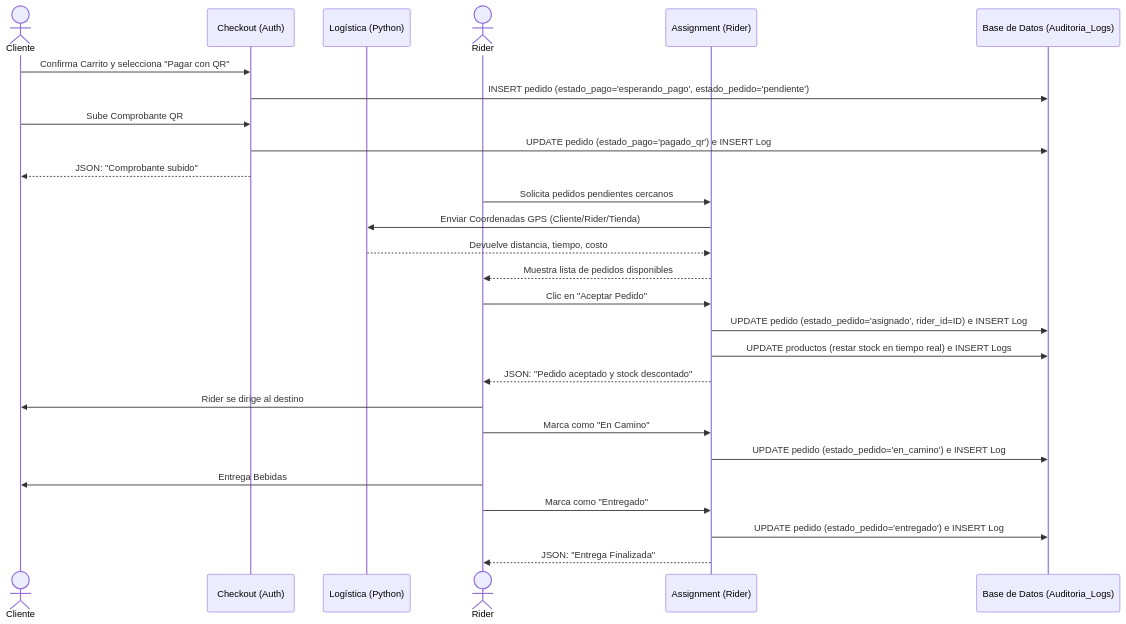
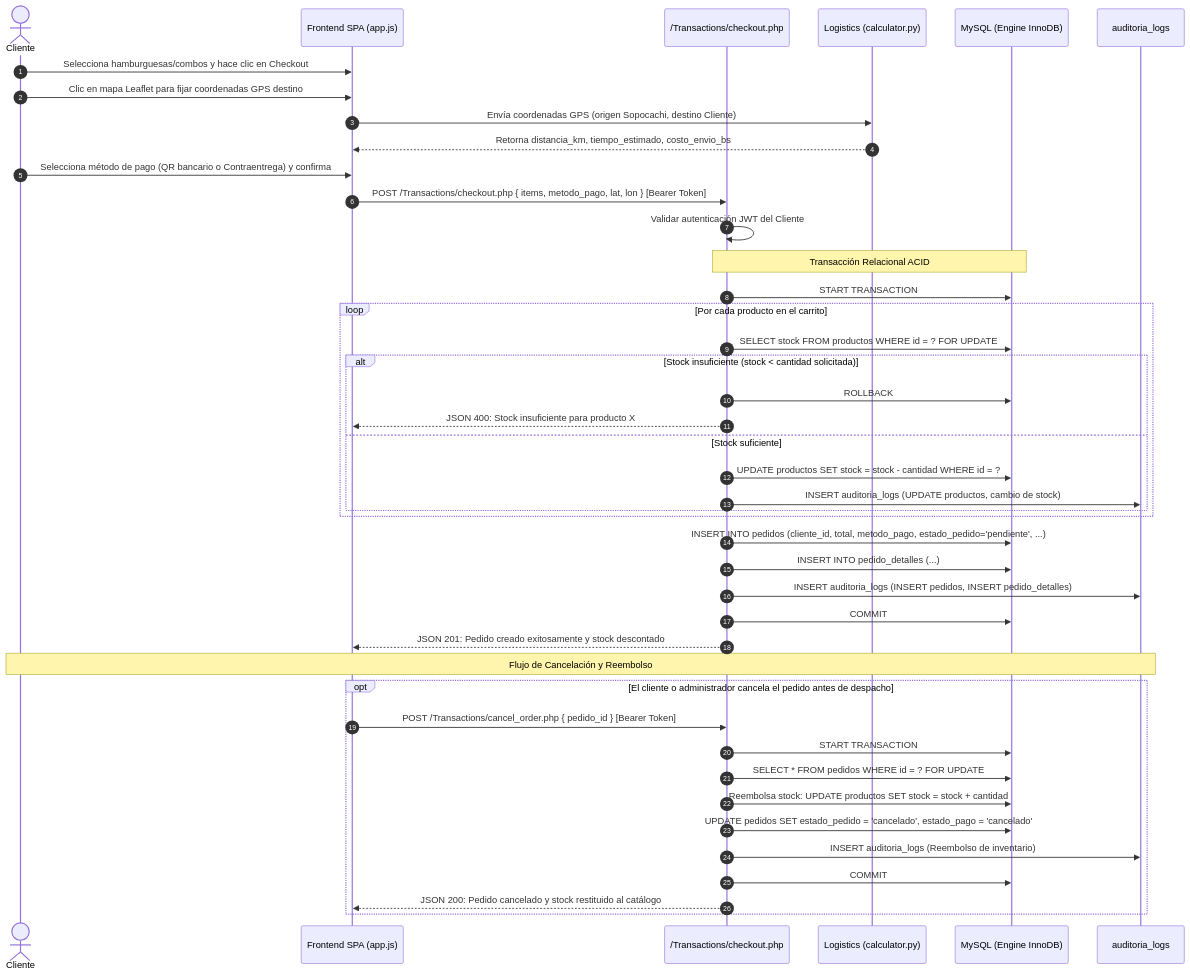
One commit to TuGfaNat/Bebidas-E-Commerce changed the fourth of 6 diagrams in docs/tesina_diagrams.md. Above: the diagram before and after it, drawn with Mermaid. The commit also changed other lines of this file and 6 other files, not shown here.

Commit message:
docs(tesina): documentacion tecnica completa, diagramas, manuales e integracion (17-BE-008)

````diff
--- a/docs/tesina_diagrams.md
+++ b/docs/tesina_diagrams.md
@@ -103,34 +225,50 @@
 ```mermaid
 sequenceDiagram
+    autonumber
     actor Cliente
-    participant Módulo_Pago as Checkout (Auth)
-    participant Módulo_Logística as Logística (Python)
-    actor Rider
-    participant Módulo_Rider as Assignment (Rider)
-    participant Auditoría as Base de Datos (Auditoria_Logs)
+    participant Frontend as Frontend SPA (app.js)
+    participant CheckoutAPI as /Transactions/checkout.php
+    participant Logistics as Logistics (calculator.py)
+    participant DB as MySQL (Engine InnoDB)
+    participant Audit as auditoria_logs
 
-    Cliente->>Módulo_Pago: Confirma Carrito y selecciona "Pagar con QR"
-    Módulo_Pago->>Auditoría: INSERT pedido (estado_pago='esperando_pago', estado_pedido='pendiente')
-    Cliente->>Módulo_Pago: Sube Comprobante QR
-    Módulo_Pago->>Auditoría: UPDATE pedido (estado_pago='pagado_qr') e INSERT Log
-    Módulo_Pago-->>Cliente: JSON: "Comprobante subido"
+    Cliente->>Frontend: Selecciona hamburguesas/combos y hace clic en Checkout
+    Cliente->>Frontend: Clic en mapa Leaflet para fijar coordenadas GPS destino
+    Frontend->>Logistics: Envía coordenadas GPS (origen Sopocachi, destino Cliente)
+    Logistics-->>Frontend: Retorna distancia_km, tiempo_estimado, costo_envio_bs
+    Cliente->>Frontend: Selecciona método de pago (QR bancario o Contraentrega) y confirma
 
-    Rider->>Módulo_Rider: Solicita pedidos pendientes cercanos
-    Módulo_Rider->>Módulo_Logística: Enviar Coordenadas GPS (Cliente/Rider/Tienda)
-    Módulo_Logística-->>Módulo_Rider: Devuelve distancia, tiempo, costo
-    Módulo_Rider-->>Rider: Muestra lista de pedidos disponibles
+    Frontend->>CheckoutAPI: POST /Transactions/checkout.php { items, metodo_pago, lat, lon } [Bearer Token]
+    CheckoutAPI->>CheckoutAPI: Validar autenticación JWT del Cliente
 
-    Rider->>Módulo_Rider: Clic en "Aceptar Pedido"
-    Módulo_Rider->>Auditoría: UPDATE pedido (estado_pedido='asignado', rider_id=ID) e INSERT Log
-    Módulo_Rider->>Auditoría: UPDATE productos (restar stock en tiempo real) e INSERT Logs
-    Módulo_Rider-->>Rider: JSON: "Pedido aceptado y stock descontado"
+    Note over CheckoutAPI,DB: Transacción Relacional ACID
+    CheckoutAPI->>DB: START TRANSACTION
+    loop Por cada producto en el carrito
+        CheckoutAPI->>DB: SELECT stock FROM productos WHERE id = ? FOR UPDATE
+        alt Stock insuficiente (stock < cantidad solicitada)
+            CheckoutAPI->>DB: ROLLBACK
+            CheckoutAPI-->>Frontend: JSON 400: Stock insuficiente para producto X
+        else Stock suficiente
+            CheckoutAPI->>DB: UPDATE productos SET stock = stock - cantidad WHERE id = ?
+            CheckoutAPI->>Audit: INSERT auditoria_logs (UPDATE productos, cambio de stock)
+        end
+    end
 
-    Rider->>Cliente: Rider se dirige al destino
-    Rider->>Módulo_Rider: Marca como "En Camino"
-    Módulo_Rider->>Auditoría: UPDATE pedido (estado_pedido='en_camino') e INSERT Log
+    CheckoutAPI->>DB: INSERT INTO pedidos (cliente_id, total, metodo_pago, estado_pedido='pendiente', ...)
+    CheckoutAPI->>DB: INSERT INTO pedido_detalles (...)
+    CheckoutAPI->>Audit: INSERT auditoria_logs (INSERT pedidos, INSERT pedido_detalles)
+    CheckoutAPI->>DB: COMMIT
+    CheckoutAPI-->>Frontend: JSON 201: Pedido creado exitosamente y stock descontado
 
-    Rider->>Cliente: Entrega Bebidas
-    Rider->>Módulo_Rider: Marca como "Entregado"
-    Módulo_Rider->>Auditoría: UPDATE pedido (estado_pedido='entregado') e INSERT Log
-    Módulo_Rider-->>Rider: JSON: "Entrega Finalizada"
+    Note over Cliente,Audit: Flujo de Cancelación y Reembolso
+    opt El cliente o administrador cancela el pedido antes de despacho
+        Frontend->>CheckoutAPI: POST /Transactions/cancel_order.php { pedido_id } [Bearer Token]
+        CheckoutAPI->>DB: START TRANSACTION
+        CheckoutAPI->>DB: SELECT * FROM pedidos WHERE id = ? FOR UPDATE
+        CheckoutAPI->>DB: Reembolsa stock: UPDATE productos SET stock = stock + cantidad
+        CheckoutAPI->>DB: UPDATE pedidos SET estado_pedido = 'cancelado', estado_pago = 'cancelado'
+        CheckoutAPI->>Audit: INSERT auditoria_logs (Reembolso de inventario)
+        CheckoutAPI->>DB: COMMIT
+        CheckoutAPI-->>Frontend: JSON 200: Pedido cancelado y stock restituido al catálogo
+    end
 ```
````
